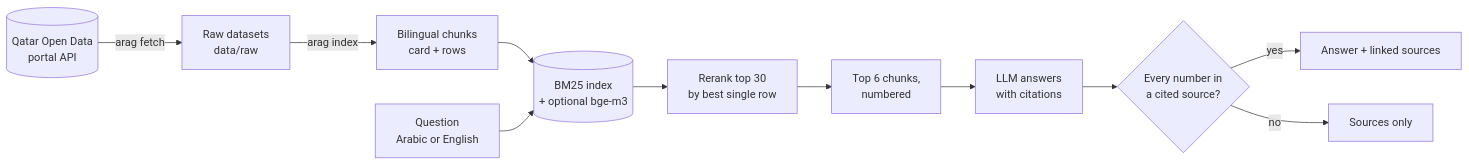
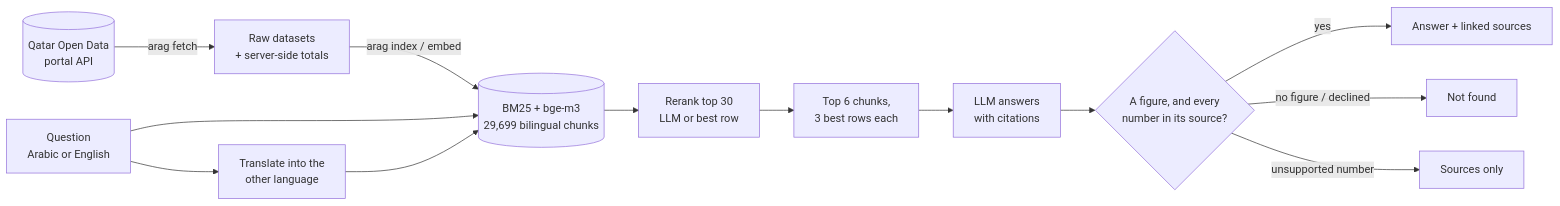
The diagram in README.md (A7mad8asim/arabic-rag-assistant), drawn with Mermaid before and after one commit. The commit also changed other lines of this file and 33 other files, not shown here.

Commit message:
Row focus, query translation, hybrid retrieval, reliable not-found, large datasets and Docker; final evaluation

````diff
--- a/README.md
+++ b/README.md
@@ -19,13 +19,15 @@
 ```mermaid
 flowchart LR
-    P[(Qatar Open Data<br/>portal API)] -->|arag fetch| R[Raw datasets<br/>data/raw]
-    R -->|arag index| C[Bilingual chunks<br/>card + rows]
-    C --> I[(BM25 index<br/>+ optional bge-m3)]
-    Q[Question<br/>Arabic or English] --> I
-    I --> RR[Rerank top 30<br/>by best single row]
-    RR --> K[Top 6 chunks,<br/>numbered]
-    K --> L[LLM answers<br/>with citations]
-    L --> G{Every number in<br/>a cited source?}
+    P[(Qatar Open Data<br/>portal API)] -->|arag fetch| R[Raw datasets<br/>+ server-side totals]
+    R -->|arag index / embed| I[(BM25 + bge-m3<br/>29,699 bilingual chunks)]
+    Q[Question<br/>Arabic or English] --> T[Translate into the<br/>other language]
+    Q --> I
+    T --> I
+    I --> RR[Rerank top 30<br/>LLM or best row]
+    RR --> F[Top 6 chunks,<br/>3 best rows each]
+    F --> L[LLM answers<br/>with citations]
+    L --> G{A figure, and every<br/>number in its source?}
     G -- yes --> A[Answer + linked sources]
-    G -- no --> S[Sources only]
+    G -- no figure / declined --> N[Not found]
+    G -- unsupported number --> S[Sources only]
 ```
````
